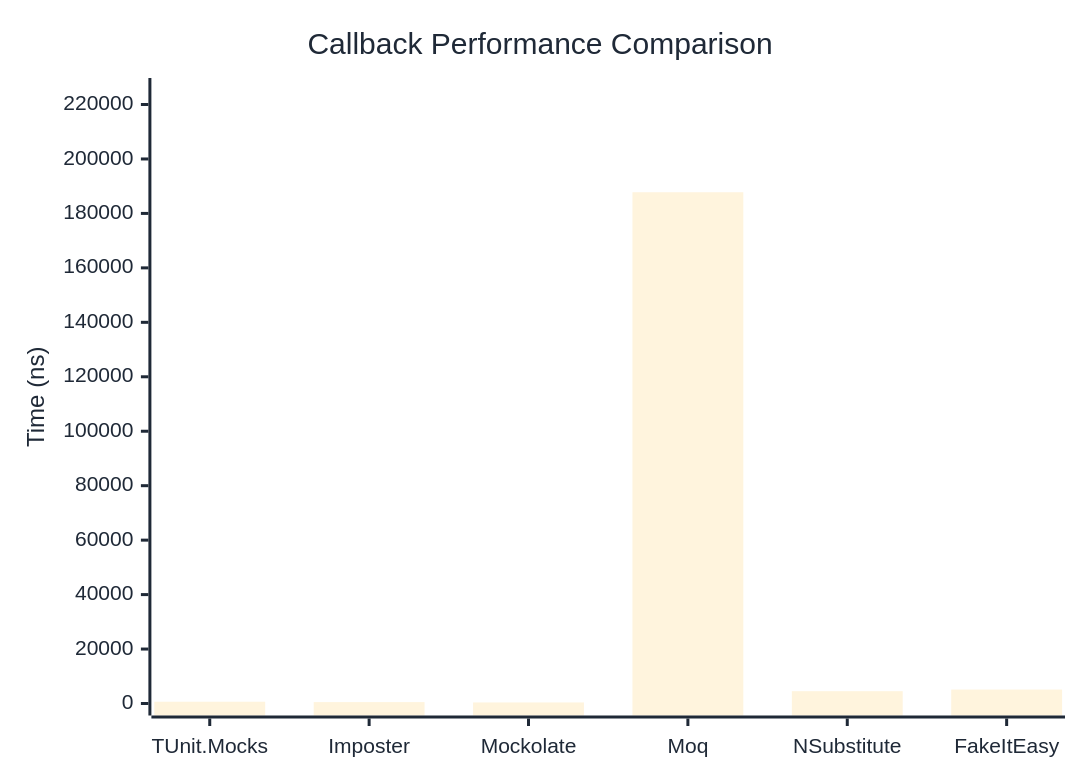
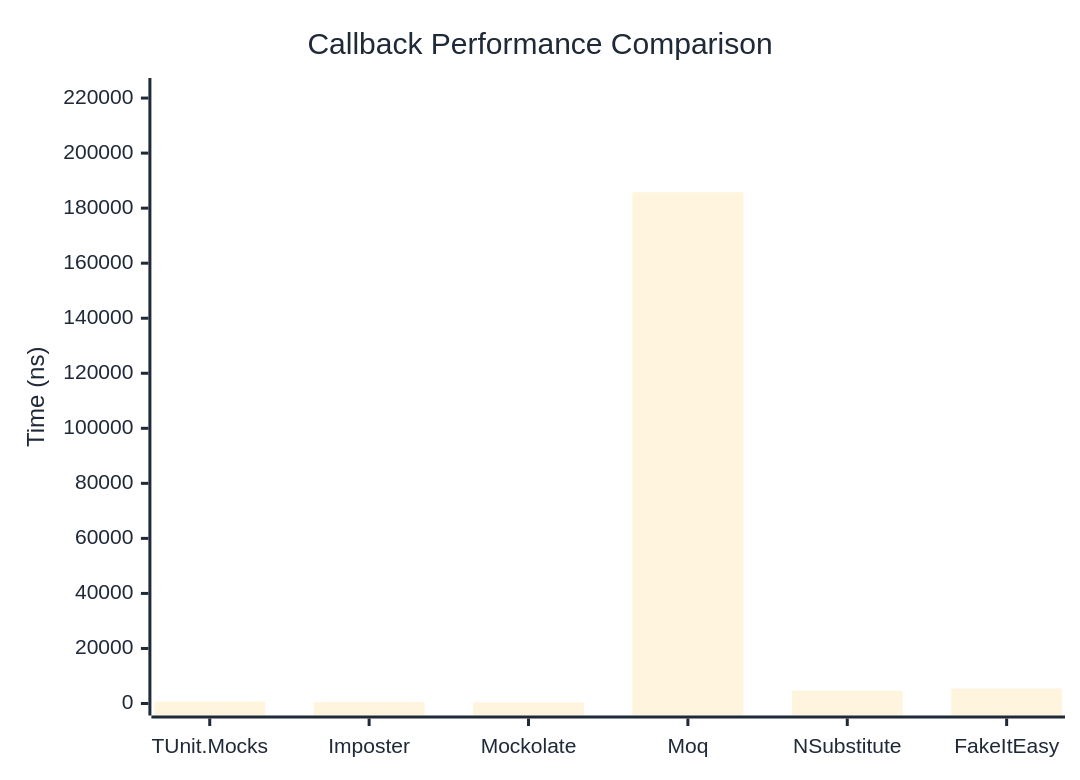
One commit to thomhurst/TUnit changed the first of 2 diagrams in docs/docs/benchmarks/mocks/Callback.md. Above: the diagram before and after it, drawn with Mermaid. The commit also changed other lines of this file and 14 other files, not shown here.

````diff
--- a/docs/docs/benchmarks/mocks/Callback.md
+++ b/docs/docs/benchmarks/mocks/Callback.md
@@ -28,27 +28,27 @@
 ```mermaid
 %%{init: {
   'theme':'base',
   'themeVariables': {
     'primaryColor': '#2563eb',
     'primaryTextColor': '#1f2937',
     'primaryBorderColor': '#1e40af',
     'lineColor': '#6b7280',
     'secondaryColor': '#7c3aed',
     'tertiaryColor': '#dc2626',
     'background': '#ffffff',
     'pie1': '#2563eb',
     'pie2': '#7c3aed',
     'pie3': '#dc2626',
     'pie4': '#f59e0b',
     'pie5': '#10b981',
     'pie6': '#06b6d4',
     'pie7': '#ec4899',
     'pie8': '#6366f1'
   }
 }}%%
 xychart-beta
   title "Callback Performance Comparison"
   x-axis ["TUnit.Mocks", "Imposter", "Mockolate", "Moq", "NSubstitute", "FakeItEasy"]
-  y-axis "Time (ns)" 0 --> 225331
-  bar [649.9, 508.6, 385.2, 187775.6, 4524.5, 5115.9]
+  y-axis "Time (ns)" 0 --> 222933
+  bar [700, 538.8, 397, 185777.2, 4695.5, 5420]
 ```
````
